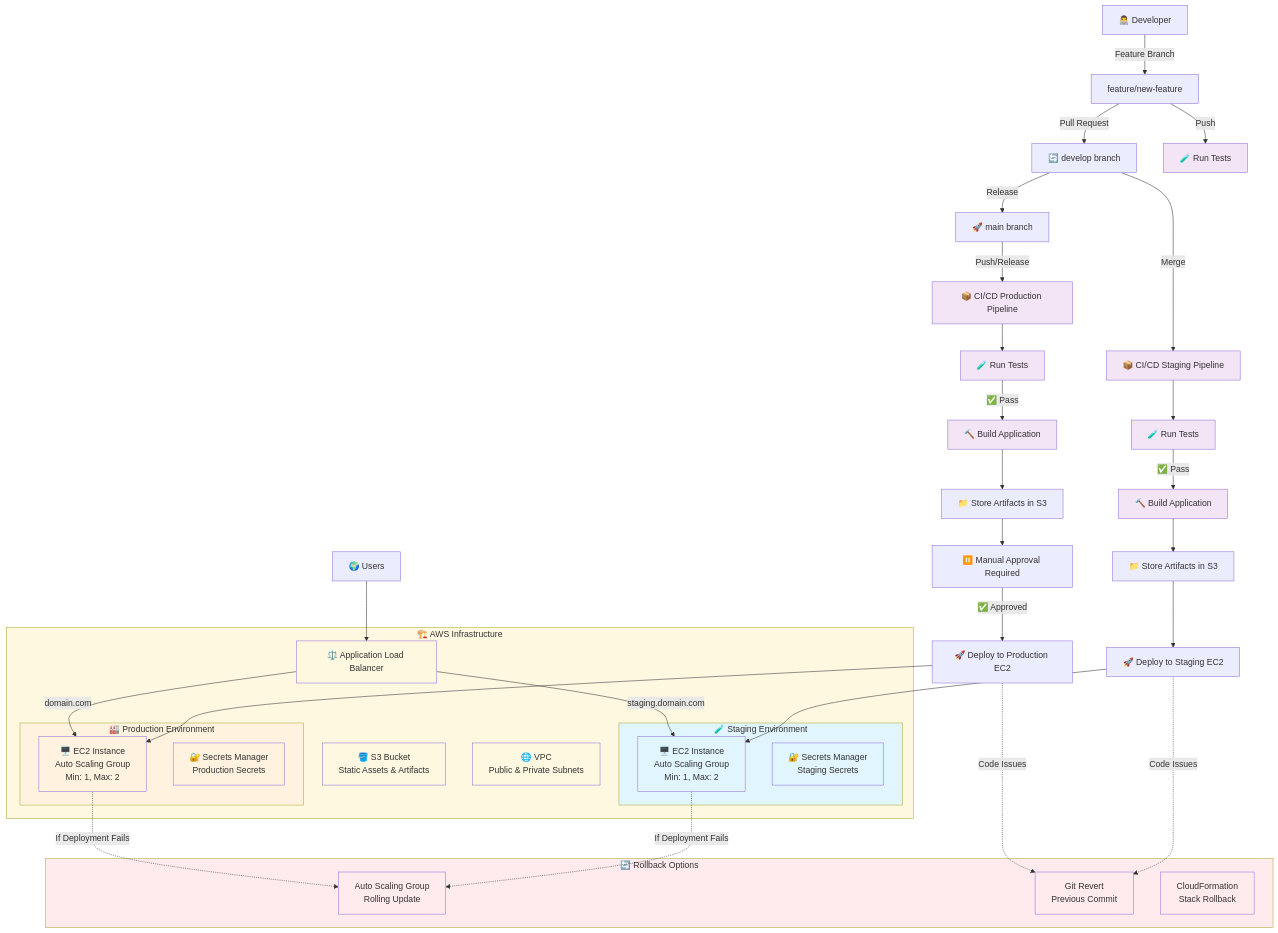
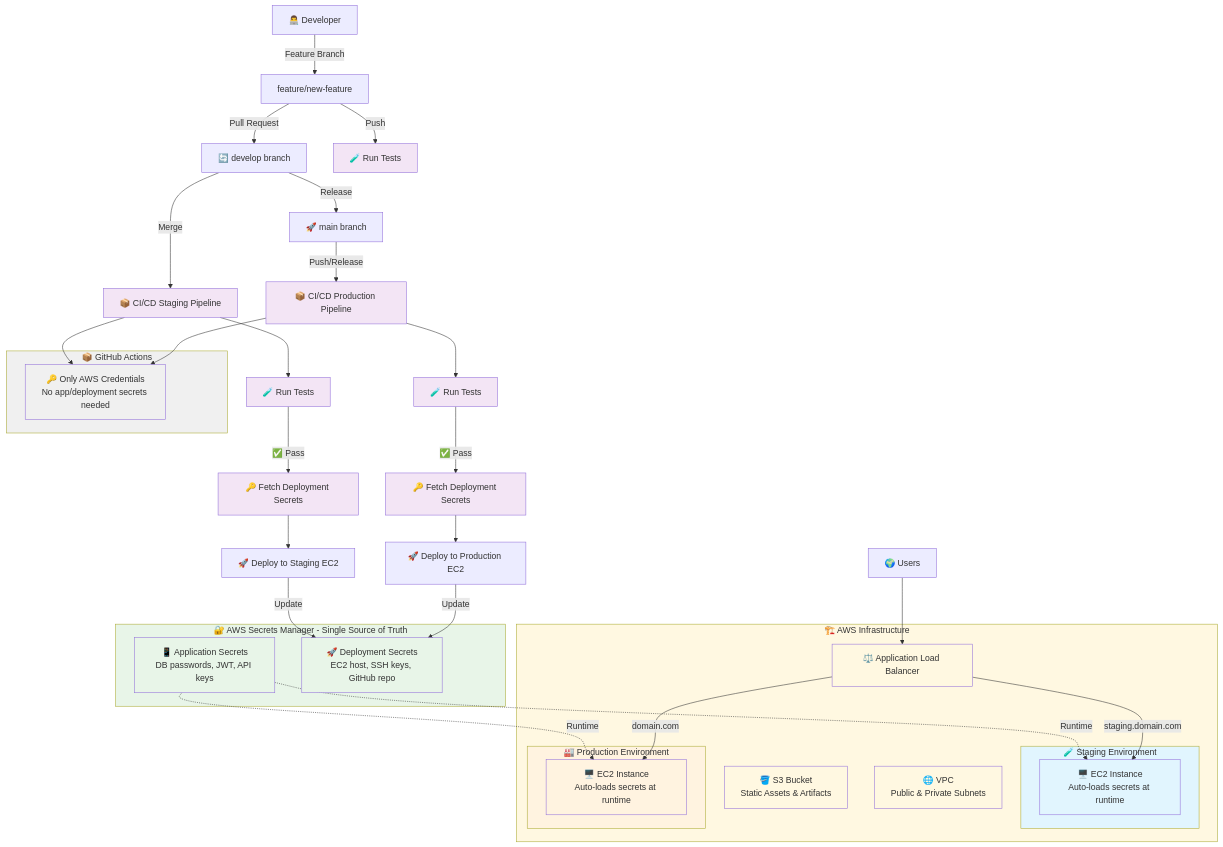
One commit to JE-Ramos/fast-api-aws-ec2-cicd changed the diagram in README.md. Above: the diagram before and after it, drawn with Mermaid. The commit also changed other lines of this file, not shown here.

Commit message:
Update README diagram to show AWS Secrets Manager integration
- Add centralized secrets management section to architecture diagram
- Highlight simplified GitHub Actions secrets (only AWS credentials needed)
- Show runtime secret loading flow to EC2 instances
- Update GitHub secrets documentation to reflect new approach

🤖 Generated with [Claude Code](https://claude.ai/code)

````diff
--- a/README.md
+++ b/README.md
@@ -10,79 +10,79 @@
 ```mermaid
 graph TD
     %% Developer Workflow
     DEV[👨‍💻 Developer] -->|Feature Branch| FEATURE[feature/new-feature]
     FEATURE -->|Pull Request| DEVELOP[🔄 develop branch]
     DEVELOP -->|Release| MAIN[🚀 main branch]
     
     %% CI/CD Triggers
     FEATURE -->|Push| TEST1[🧪 Run Tests]
     DEVELOP -->|Merge| CICD_STAGING[📦 CI/CD Staging Pipeline]
     MAIN -->|Push/Release| CICD_PROD[📦 CI/CD Production Pipeline]
     
-    %% Staging Pipeline
+    %% Secrets Management (New!)
+    subgraph SECRETS_CENTRAL[🔐 AWS Secrets Manager - Single Source of Truth]
+        APP_SECRETS[📱 Application Secrets<br/>DB passwords, JWT, API keys]
+        DEPLOY_SECRETS[🚀 Deployment Secrets<br/>EC2 host, SSH keys, GitHub repo]
+    end
+    
+    %% Updated Pipeline with Secrets Integration
     CICD_STAGING --> TEST2[🧪 Run Tests]
-    TEST2 -->|✅ Pass| BUILD_STAGING[🔨 Build Application]
-    BUILD_STAGING --> ARTIFACTS_STAGING[📁 Store Artifacts in S3]
-    ARTIFACTS_STAGING --> DEPLOY_STAGING[🚀 Deploy to Staging EC2]
+    TEST2 -->|✅ Pass| FETCH_SECRETS_STAGING[🔑 Fetch Deployment Secrets]
+    FETCH_SECRETS_STAGING --> DEPLOY_STAGING[🚀 Deploy to Staging EC2]
+    DEPLOY_STAGING -->|Update| DEPLOY_SECRETS
     
-    %% Production Pipeline (with approval)
     CICD_PROD --> TEST3[🧪 Run Tests]
-    TEST3 -->|✅ Pass| BUILD_PROD[🔨 Build Application]
-    BUILD_PROD --> ARTIFACTS_PROD[📁 Store Artifacts in S3]
-    ARTIFACTS_PROD --> APPROVAL[⏸️ Manual Approval Required]
-    APPROVAL -->|✅ Approved| DEPLOY_PROD[🚀 Deploy to Production EC2]
+    TEST3 -->|✅ Pass| FETCH_SECRETS_PROD[🔑 Fetch Deployment Secrets]
+    FETCH_SECRETS_PROD --> DEPLOY_PROD[🚀 Deploy to Production EC2]
+    DEPLOY_PROD -->|Update| DEPLOY_SECRETS
     
     %% Infrastructure Components
     subgraph AWS_INFRA[🏗️ AWS Infrastructure]
         ALB[⚖️ Application Load Balancer]
         
         subgraph STAGING_ENV[🧪 Staging Environment]
-            EC2_STAGING[🖥️ EC2 Instance<br/>Auto Scaling Group<br/>Min: 1, Max: 2]
-            SECRETS_STAGING[🔐 Secrets Manager<br/>Staging Secrets]
+            EC2_STAGING[🖥️ EC2 Instance<br/>Auto-loads secrets at runtime]
         end
         
         subgraph PROD_ENV[🏭 Production Environment]
-            EC2_PROD[🖥️ EC2 Instance<br/>Auto Scaling Group<br/>Min: 1, Max: 2]
-            SECRETS_PROD[🔐 Secrets Manager<br/>Production Secrets]
+            EC2_PROD[🖥️ EC2 Instance<br/>Auto-loads secrets at runtime]
         end
         
         S3_BUCKET[🪣 S3 Bucket<br/>Static Assets & Artifacts]
         VPC[🌐 VPC<br/>Public & Private Subnets]
     end
     
-    %% Deployment Connections
-    DEPLOY_STAGING --> EC2_STAGING
-    DEPLOY_PROD --> EC2_PROD
+    %% Secrets Flow to Applications
+    APP_SECRETS -.->|Runtime| EC2_STAGING
+    APP_SECRETS -.->|Runtime| EC2_PROD
+    
+    %% GitHub Actions - Simplified Secrets
+    subgraph GITHUB[📦 GitHub Actions]
+        GH_SECRETS[🔑 Only AWS Credentials<br/>No app/deployment secrets needed]
+    end
+    
+    CICD_STAGING --> GH_SECRETS
+    CICD_PROD --> GH_SECRETS
     
     %% Load Balancer Routing
     ALB -->|staging.domain.com| EC2_STAGING
     ALB -->|domain.com| EC2_PROD
-    
-    %% Rollback Capabilities
-    subgraph ROLLBACK[🔄 Rollback Options]
-        ROLLBACK_ASG[Auto Scaling Group<br/>Rolling Update]
-        ROLLBACK_CODE[Git Revert<br/>Previous Commit]
-        ROLLBACK_INFRA[CloudFormation<br/>Stack Rollback]
-    end
-    
-    EC2_STAGING -.->|If Deployment Fails| ROLLBACK_ASG
-    EC2_PROD -.->|If Deployment Fails| ROLLBACK_ASG
-    DEPLOY_STAGING -.->|Code Issues| ROLLBACK_CODE
-    DEPLOY_PROD -.->|Code Issues| ROLLBACK_CODE
     
     %% External Access
     USERS[🌍 Users] --> ALB
     
     %% Styling
     classDef staging fill:#e1f5fe
     classDef production fill:#fff3e0
     classDef cicd fill:#f3e5f5
     classDef aws fill:#fff8e1
-    classDef rollback fill:#ffebee
+    classDef secrets fill:#e8f5e8
+    classDef github fill:#f0f0f0
     
-    class STAGING_ENV,EC2_STAGING,SECRETS_STAGING staging
-    class PROD_ENV,EC2_PROD,SECRETS_PROD production
-    class CICD_STAGING,CICD_PROD,TEST1,TEST2,TEST3,BUILD_STAGING,BUILD_PROD cicd
+    class STAGING_ENV,EC2_STAGING staging
+    class PROD_ENV,EC2_PROD production
+    class CICD_STAGING,CICD_PROD,TEST1,TEST2,TEST3,FETCH_SECRETS_STAGING,FETCH_SECRETS_PROD cicd
     class AWS_INFRA,ALB,S3_BUCKET,VPC aws
-    class ROLLBACK,ROLLBACK_ASG,ROLLBACK_CODE,ROLLBACK_INFRA rollback
+    class SECRETS_CENTRAL,APP_SECRETS,DEPLOY_SECRETS secrets
+    class GITHUB,GH_SECRETS github
 ```
````
